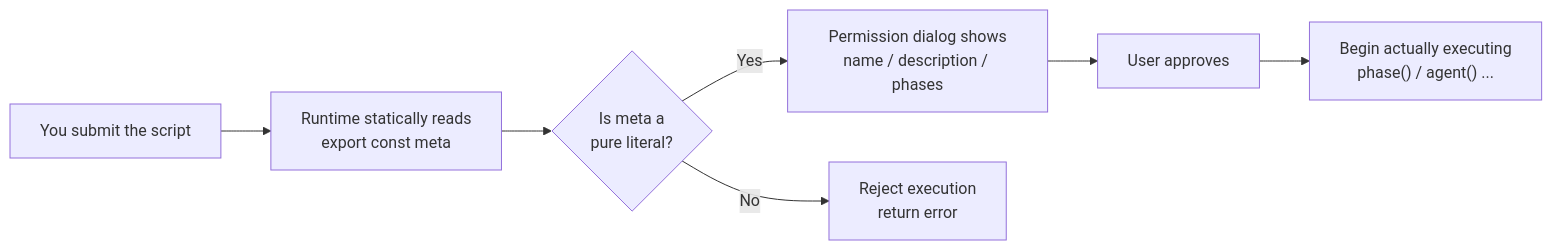
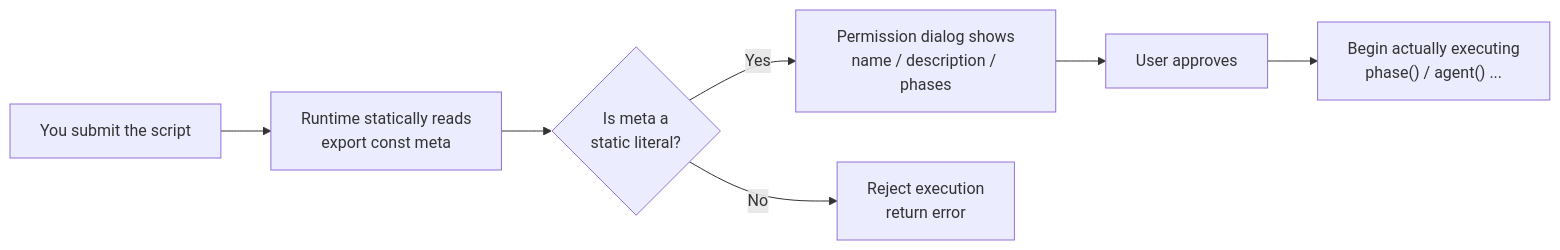
One commit to AGI-is-going-to-arrive/workflow-cookbook changed the first of 3 diagrams in docs/en/p2-05-meta-and-phase.md. Above: the diagram before and after it, drawn with Mermaid. The commit also changed other lines of this file and 78 other files, not shown here.

````diff
--- a/docs/en/p2-05-meta-and-phase.md
+++ b/docs/en/p2-05-meta-and-phase.md
@@ -25,9 +23,9 @@
 ```mermaid
 flowchart LR
     A["You submit the script"] --> B["Runtime statically reads<br/>export const meta"]
-    B --> C{"Is meta a<br/>pure literal?"}
+    B --> C{"Is meta a<br/>static literal?"}
     C -->|Yes| D["Permission dialog shows<br/>name / description / phases"]
     C -->|No| E["Reject execution<br/>return error"]
     D --> F["User approves"]
     F --> G["Begin actually executing<br/>phase() / agent() ..."]
 ```
````
